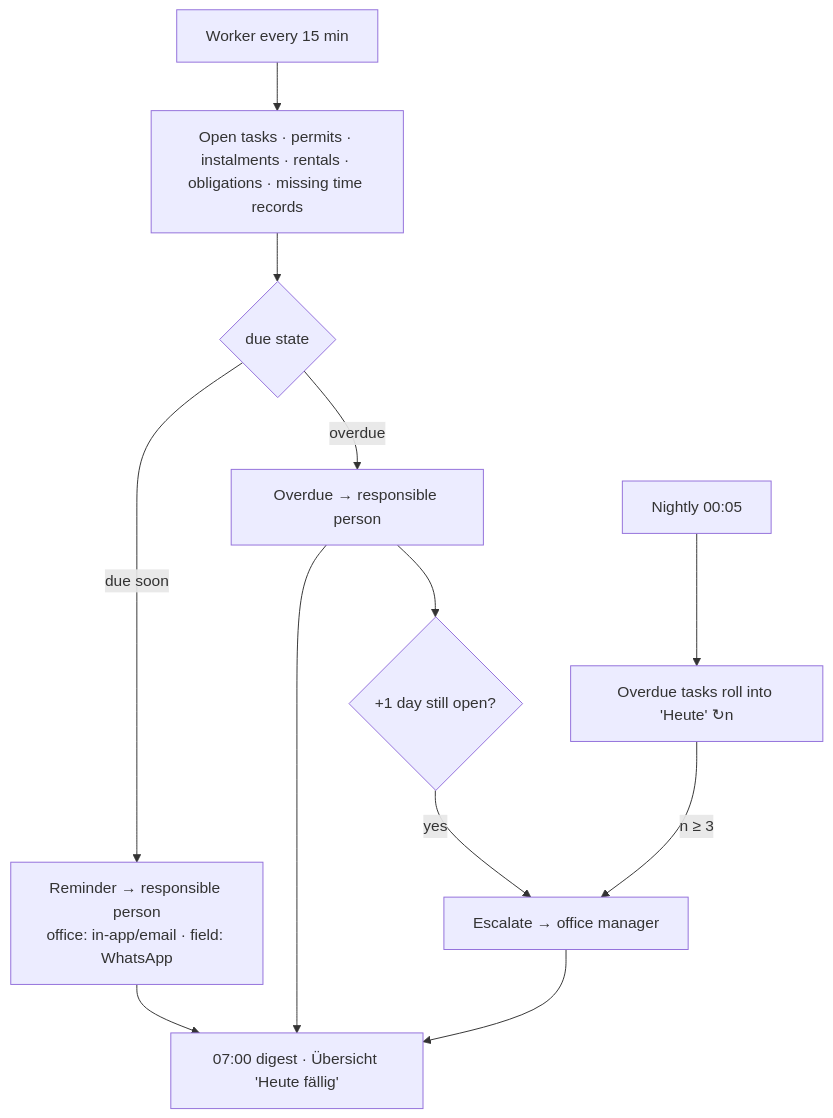
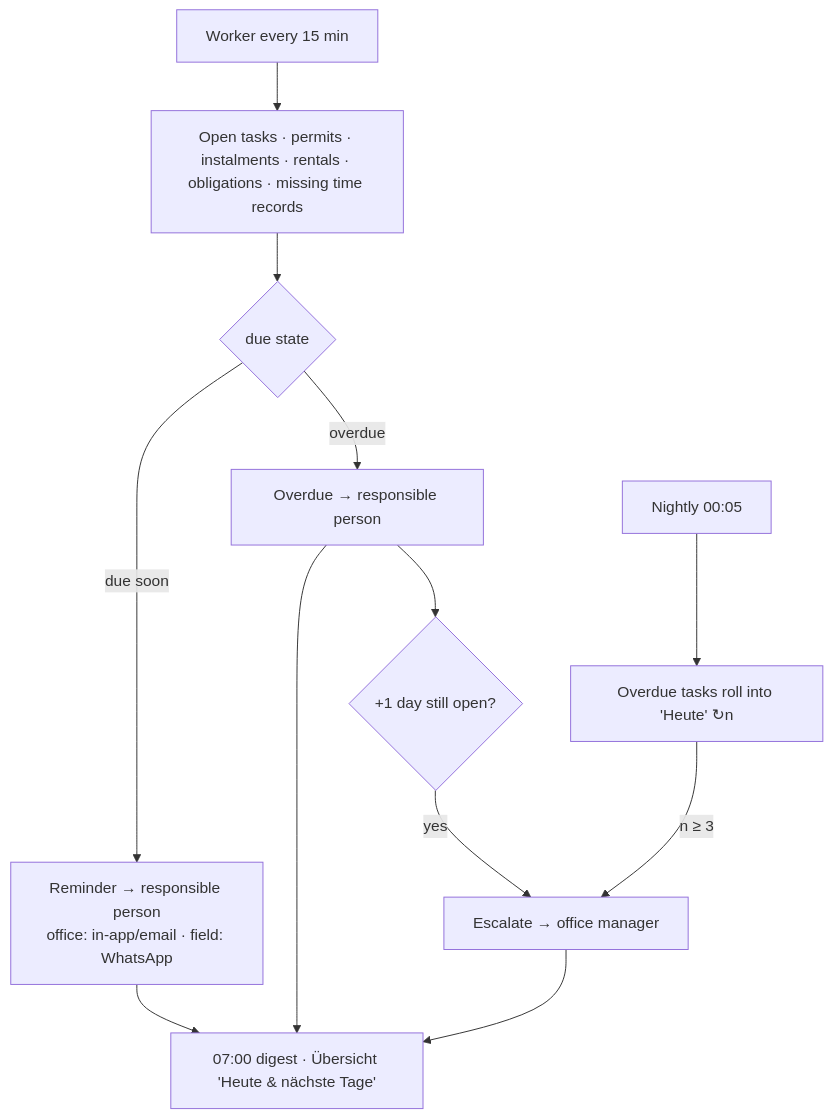
Before and after one commit to coelln-konzept/marktwerk: the sixth of 12 diagrams in docs/product/user-flows.md, drawn with Mermaid. The commit also changed other lines of this file and 23 other files, not shown here.

````diff
--- a/docs/product/user-flows.md
+++ b/docs/product/user-flows.md
@@ -94,12 +98,12 @@
 ```mermaid
 flowchart TD
     C[Worker every 15 min] --> Q[Open tasks · permits · instalments · rentals · obligations · missing time records]
     Q --> S{due state}
     S -->|due soon| R[Reminder → responsible person<br/>office: in-app/email · field: WhatsApp]
     S -->|overdue| O[Overdue → responsible person]
     O --> E1{"+1 day still open?"}
     E1 -->|yes| MG[Escalate → office manager]
     N[Nightly 00:05] --> RO[Overdue tasks roll into 'Heute' ↻n]
     RO -->|n ≥ 3| MG
-    R & O & MG --> DG[07:00 digest · Übersicht 'Heute fällig']
+    R & O & MG --> DG[07:00 digest · Übersicht 'Heute & nächste Tage']
 ```
````
